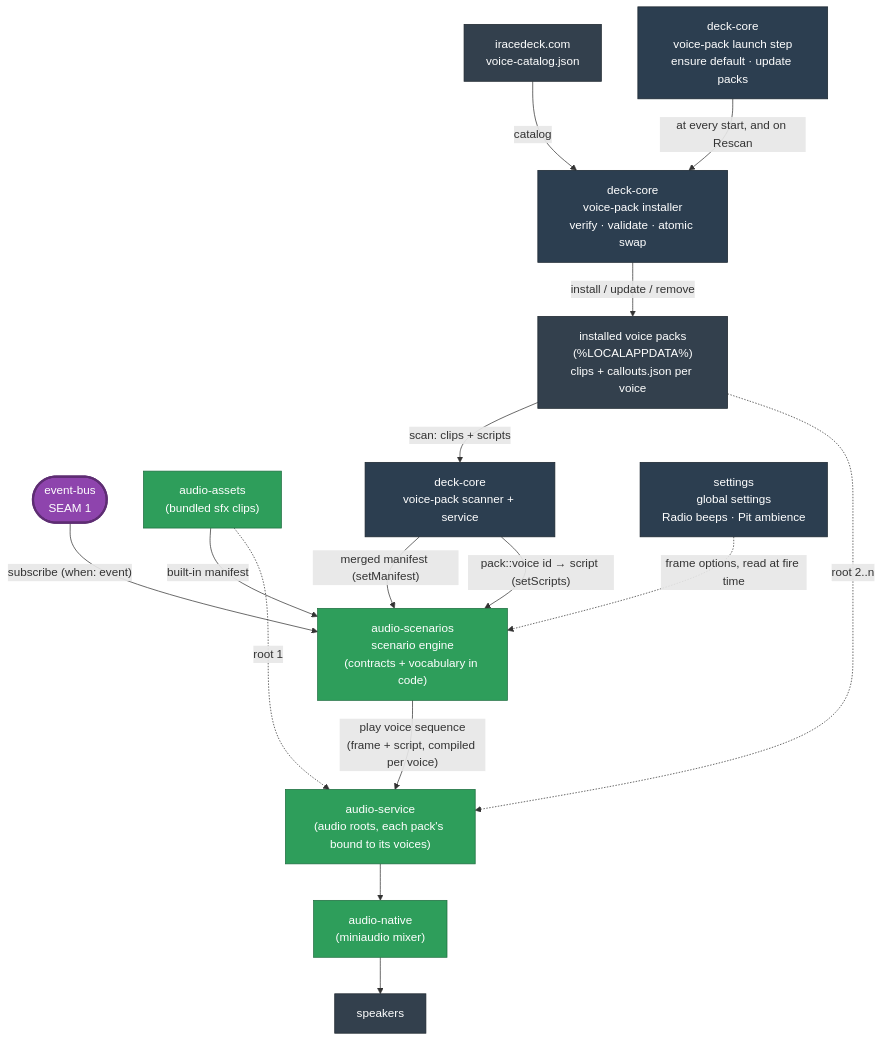
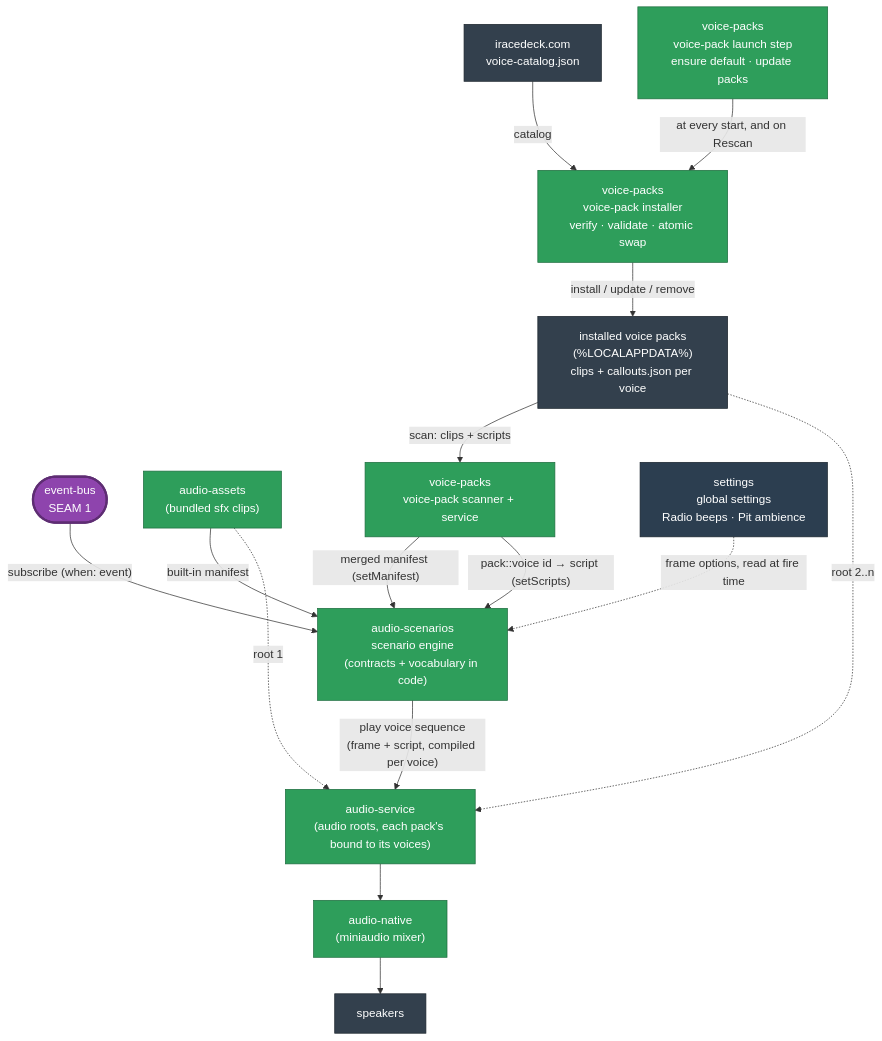
The sixth of 8 diagrams in packages/website/src/content/docs/docs/development/architecture.md (niklam/iracedeck), drawn with Mermaid before and after one commit. The commit also changed other lines of this file and 104 other files, not shown here.

First line of the commit message:
refactor(voice-packs): move the voice-pack stack out of deck-core (#1366) (#1371)

````diff
--- a/packages/website/src/content/docs/docs/development/architecture.md
+++ b/packages/website/src/content/docs/docs/development/architecture.md
@@ -240,35 +240,35 @@
 ```mermaid
 flowchart TB
   bus(["event-bus<br/>SEAM 1"]):::seam
   scen["audio-scenarios<br/>scenario engine<br/>(contracts + vocabulary in code)"]:::audio
   assets["audio-assets<br/>(bundled sfx clips)"]:::audio
   packs["installed voice packs<br/>(%LOCALAPPDATA%)<br/>clips + callouts.json per voice"]:::ext
-  scan["deck-core<br/>voice-pack scanner + service"]:::core
+  scan["voice-packs<br/>voice-pack scanner + service"]:::audio
   gs["settings<br/>global settings<br/>Radio beeps · Pit ambience"]:::core
   svc["audio-service<br/>(audio roots, each pack's bound to its voices)"]:::audio
   nat["audio-native<br/>(miniaudio mixer)"]:::audio
   spk["speakers"]:::ext
 
   bus -->|"subscribe (when: event)"| scen
   assets -->|"built-in manifest"| scen
   packs -->|"scan: clips + scripts"| scan
   scan -->|"merged manifest (setManifest)"| scen
   scan -->|"pack::voice id → script (setScripts)"| scen
   gs -.->|"frame options, read at fire time"| scen
   cat["iracedeck.com<br/>voice-catalog.json"]:::ext
-  inst["deck-core<br/>voice-pack installer<br/>verify · validate · atomic swap"]:::core
+  inst["voice-packs<br/>voice-pack installer<br/>verify · validate · atomic swap"]:::audio
   cat -->|"catalog"| inst
-  launch["deck-core<br/>voice-pack launch step<br/>ensure default · update packs"]:::core
+  launch["voice-packs<br/>voice-pack launch step<br/>ensure default · update packs"]:::audio
   launch -->|"at every start, and on Rescan"| inst
   inst -->|"install / update / remove"| packs
   scen -->|"play voice sequence<br/>(frame + script, compiled per voice)"| svc
   assets -.->|"root 1"| svc
   packs -.->|"root 2..n"| svc
   svc --> nat
   nat --> spk
 
   classDef core fill:#2c3e50,color:#fff,stroke:#1a252f;
   classDef ext fill:#33404d,color:#fff,stroke:#1d262e;
   classDef seam fill:#8e44ad,color:#fff,stroke:#5e2d73,stroke-width:3px;
   classDef audio fill:#2e9e5b,color:#fff,stroke:#1f6e40;
 ```
````
